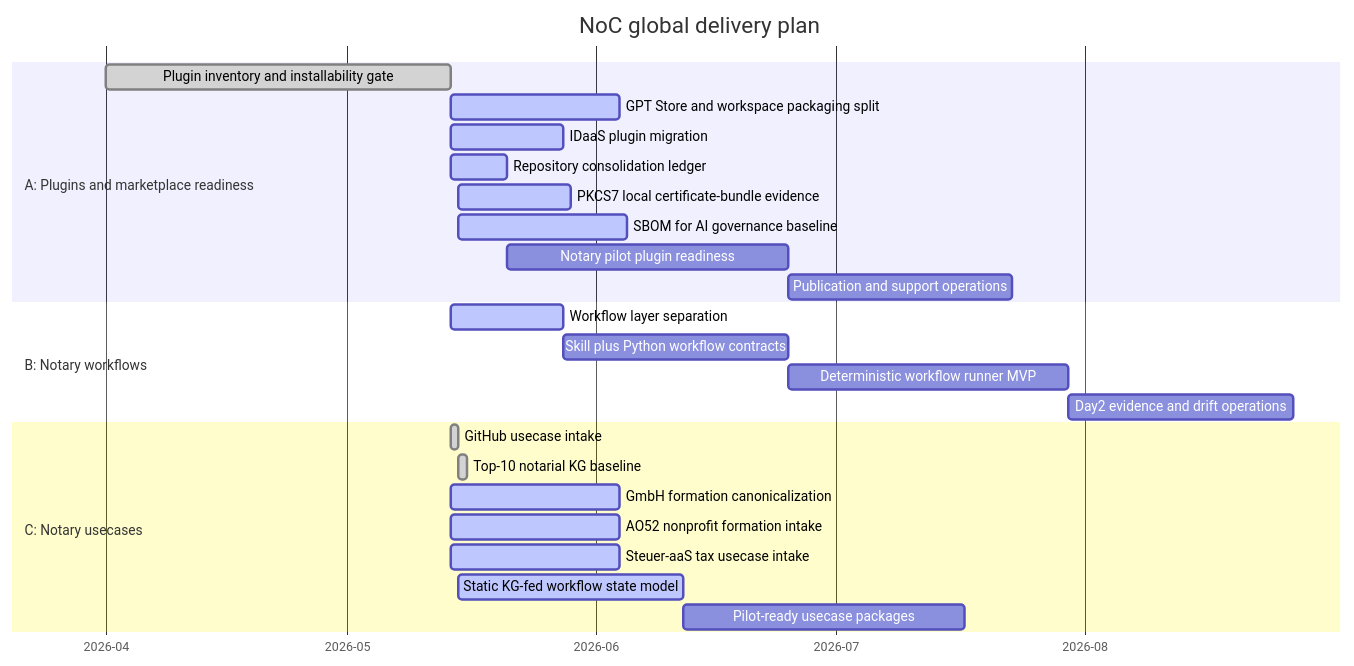
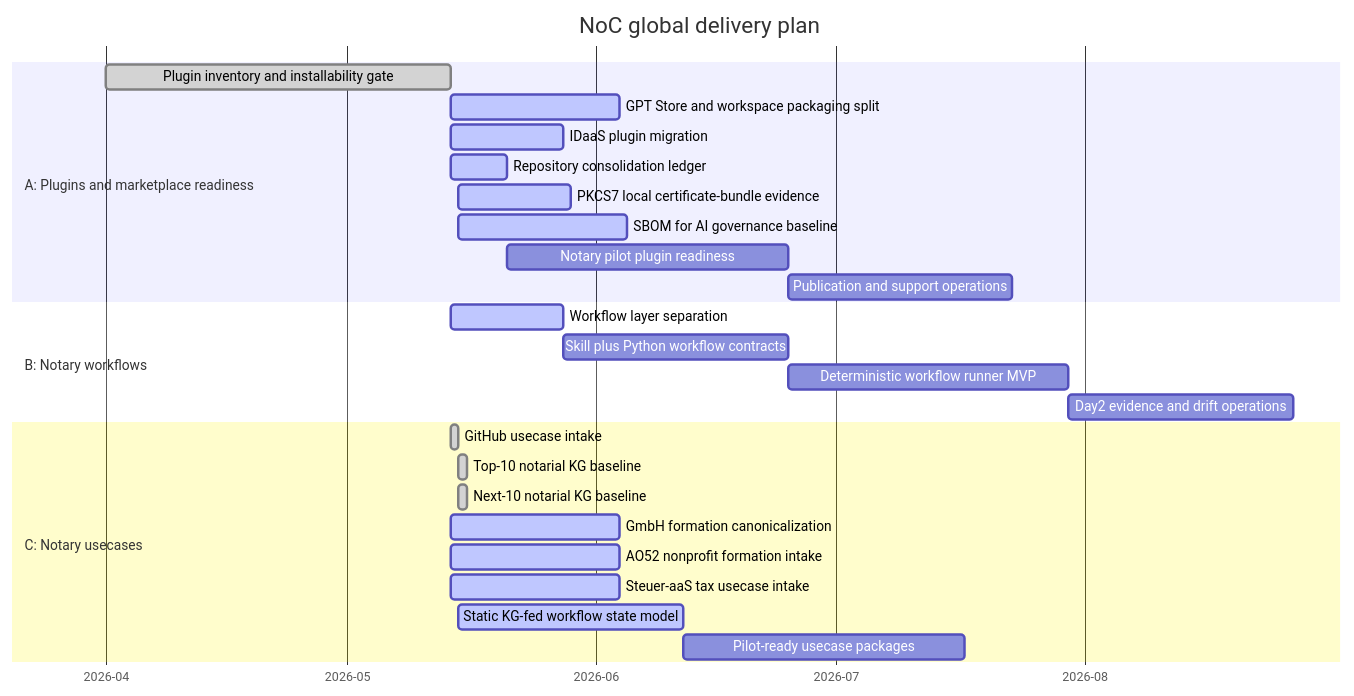
Before and after one commit to notariat8/NaC: the diagram in roadmap/GANTT.md, drawn with Mermaid. The commit also changed other lines of this file and 17 other files, not shown here.

Commit message:
Add next 10 notarial knowledge graph cases

````diff
--- a/roadmap/GANTT.md
+++ b/roadmap/GANTT.md
@@ -12,31 +12,32 @@
 ```mermaid
 gantt
     title NoC global delivery plan
     dateFormat  YYYY-MM-DD
     axisFormat  %Y-%m
 
     section A: Plugins and marketplace readiness
     Plugin inventory and installability gate     :done,    a1, 2026-04-01, 2026-05-14
     GPT Store and workspace packaging split      :active,  a2, 2026-05-14, 21d
     IDaaS plugin migration                       :active,  a3, 2026-05-14, 14d
     Repository consolidation ledger              :active,  a4, 2026-05-14, 7d
     PKCS7 local certificate-bundle evidence      :active,  a4a, 2026-05-15, 14d
     SBOM for AI governance baseline              :active,  a4b, 2026-05-15, 21d
     Notary pilot plugin readiness                :         a5, after a4, 35d
     Publication and support operations           :         a6, after a5, 28d
 
     section B: Notary workflows
     Workflow layer separation                    :active,  b1, 2026-05-14, 14d
     Skill plus Python workflow contracts         :         b2, after b1, 28d
     Deterministic workflow runner MVP            :         b3, after b2, 35d
     Day2 evidence and drift operations           :         b4, after b3, 28d
 
     section C: Notary usecases
     GitHub usecase intake                        :done,    c1, 2026-05-14, 1d
     Top-10 notarial KG baseline                  :done,    c2, 2026-05-15, 1d
-    GmbH formation canonicalization              :active,  c3, 2026-05-14, 21d
-    AO52 nonprofit formation intake              :active,  c4, 2026-05-14, 21d
-    Steuer-aaS tax usecase intake                :active,  c5, 2026-05-14, 21d
-    Static KG-fed workflow state model           :active,  c6, 2026-05-15, 28d
-    Pilot-ready usecase packages                 :         c7, after c6, 35d
+    Next-10 notarial KG baseline                 :done,    c3, 2026-05-15, 1d
+    GmbH formation canonicalization              :active,  c4, 2026-05-14, 21d
+    AO52 nonprofit formation intake              :active,  c5, 2026-05-14, 21d
+    Steuer-aaS tax usecase intake                :active,  c6, 2026-05-14, 21d
+    Static KG-fed workflow state model           :active,  c7, 2026-05-15, 28d
+    Pilot-ready usecase packages                 :         c8, after c7, 35d
 ```
````
